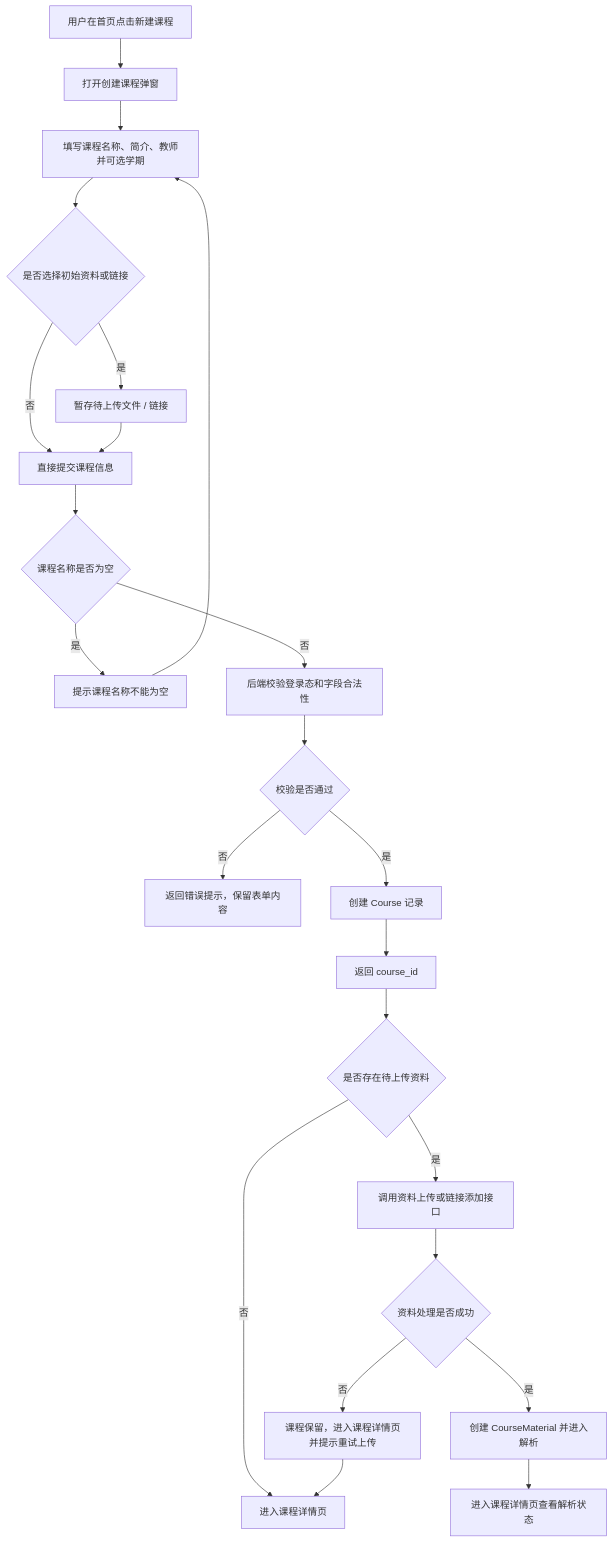
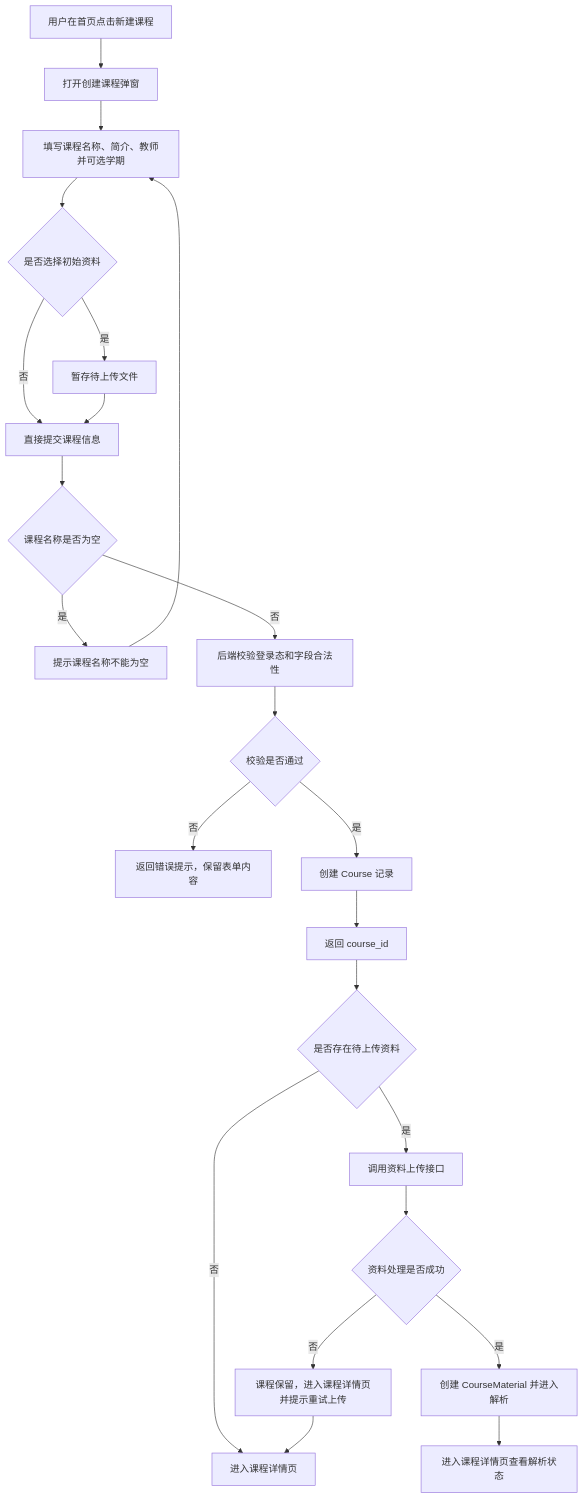
One commit to cyruan815/CourseNexus changed the third of 10 diagrams in docs/product/PRD/02_用户流程_页面跳转_系统流程.md. Above: the diagram before and after it, drawn with Mermaid. The commit also changed other lines of this file and 13 other files, not shown here.

````diff
--- a/docs/product/PRD/02_用户流程_页面跳转_系统流程.md
+++ b/docs/product/PRD/02_用户流程_页面跳转_系统流程.md
@@ -194,25 +194,25 @@
 ```mermaid
 flowchart TD
     A["用户在首页点击新建课程"] --> B["打开创建课程弹窗"]
     B --> C["填写课程名称、简介、教师并可选学期"]
-    C --> D{"是否选择初始资料或链接"}
-    D -- "是" --> E["暂存待上传文件 / 链接"]
+    C --> D{"是否选择初始资料"}
+    D -- "是" --> E["暂存待上传文件"]
     D -- "否" --> F["直接提交课程信息"]
     E --> F
     F --> G{"课程名称是否为空"}
     G -- "是" --> H["提示课程名称不能为空"]
     H --> C
     G -- "否" --> I["后端校验登录态和字段合法性"]
     I --> J{"校验是否通过"}
     J -- "否" --> K["返回错误提示，保留表单内容"]
     J -- "是" --> L["创建 Course 记录"]
     L --> M["返回 course_id"]
     M --> N{"是否存在待上传资料"}
     N -- "否" --> O["进入课程详情页"]
-    N -- "是" --> P["调用资料上传或链接添加接口"]
+    N -- "是" --> P["调用资料上传接口"]
     P --> Q{"资料处理是否成功"}
     Q -- "是" --> R["创建 CourseMaterial 并进入解析"]
     Q -- "否" --> S["课程保留，进入课程详情页并提示重试上传"]
     R --> T["进入课程详情页查看解析状态"]
     S --> O
 ```
````
